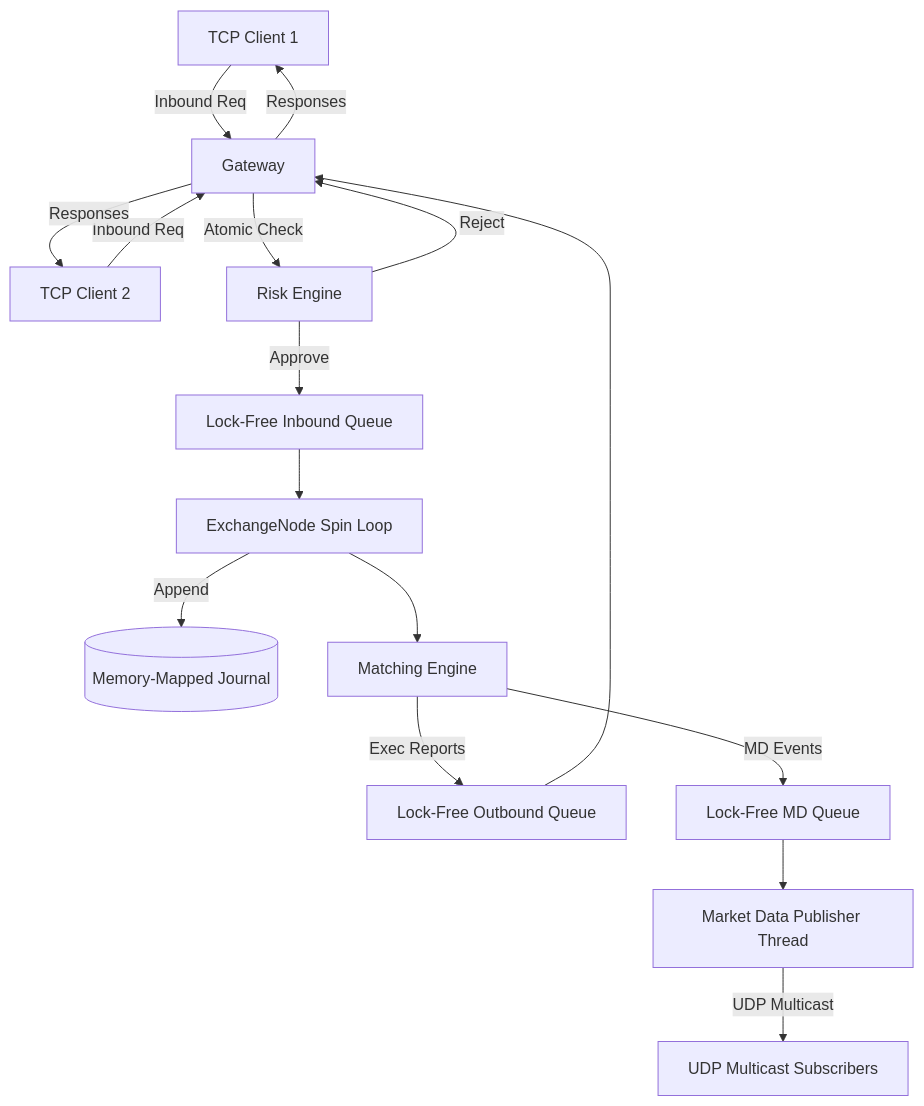
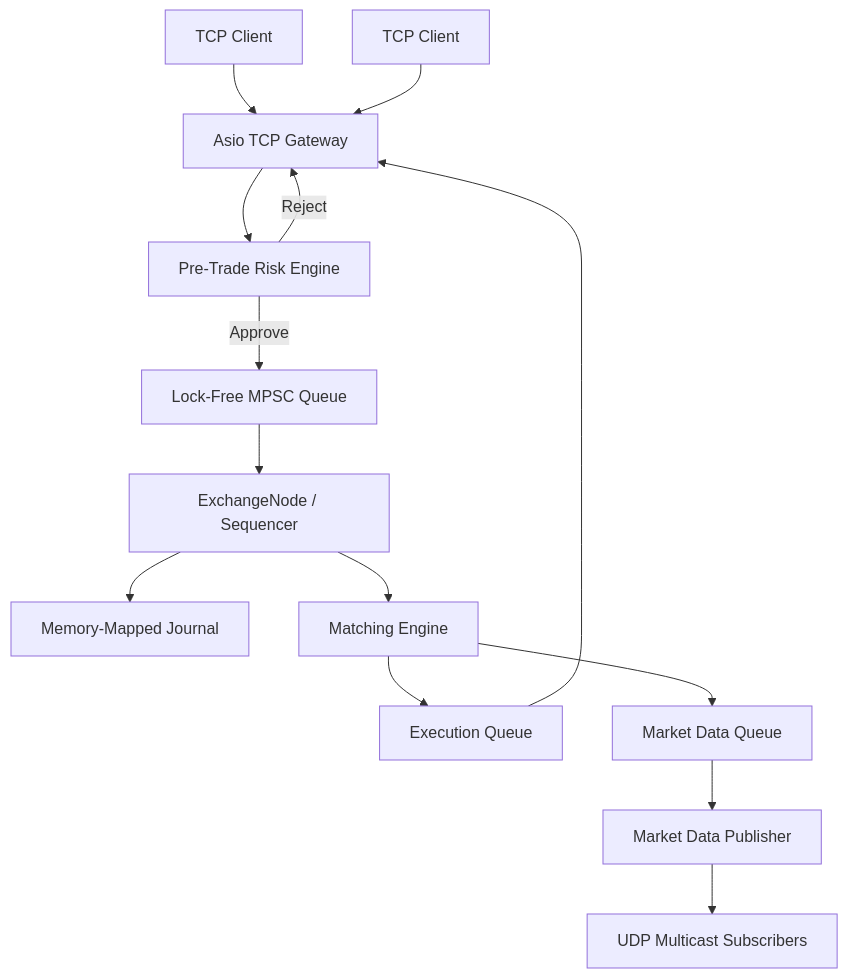
One commit to ram-mittal/UltraLOB changed the diagram in README.md. Above: the diagram before and after it, drawn with Mermaid. The commit also changed other lines of this file, not shown here.

````diff
--- a/README.md
+++ b/README.md
@@ -38,23 +17,20 @@
 ```mermaid
 graph TD
-    Client1[TCP Client 1] -->|Inbound Req| Gateway
-    Client2[TCP Client 2] -->|Inbound Req| Gateway
-    
-    Gateway -->|Atomic Check| RiskEngine[Risk Engine]
-    RiskEngine -->|Reject| Gateway
-    RiskEngine -->|Approve| MPSC_In[Lock-Free Inbound Queue]
-    
-    MPSC_In --> Sequencer[ExchangeNode Spin Loop]
-    Sequencer -->|Append| Journal[(Memory-Mapped Journal)]
-    Sequencer --> MatchingEngine[Matching Engine]
-    
-    MatchingEngine -->|Exec Reports| MPSC_Out[Lock-Free Outbound Queue]
-    MatchingEngine -->|MD Events| MPSC_MD[Lock-Free MD Queue]
-    
-    MPSC_Out --> Gateway
-    Gateway -->|Responses| Client1
-    Gateway -->|Responses| Client2
-    
-    MPSC_MD --> MDPublisher[Market Data Publisher Thread]
-    MDPublisher -->|UDP Multicast| MDClient[UDP Multicast Subscribers]
+    C1[TCP Client] --> G[Asio TCP Gateway]
+    C2[TCP Client] --> G
+
+    G --> R[Pre-Trade Risk Engine]
+    R -->|Reject| G
+    R -->|Approve| Q[Lock-Free MPSC Queue]
+
+    Q --> X[ExchangeNode / Sequencer]
+    X --> J[Memory-Mapped Journal]
+    X --> M[Matching Engine]
+
+    M --> O[Execution Queue]
+    M --> D[Market Data Queue]
+
+    O --> G
+    D --> P[Market Data Publisher]
+    P --> U[UDP Multicast Subscribers]
 ```
````
